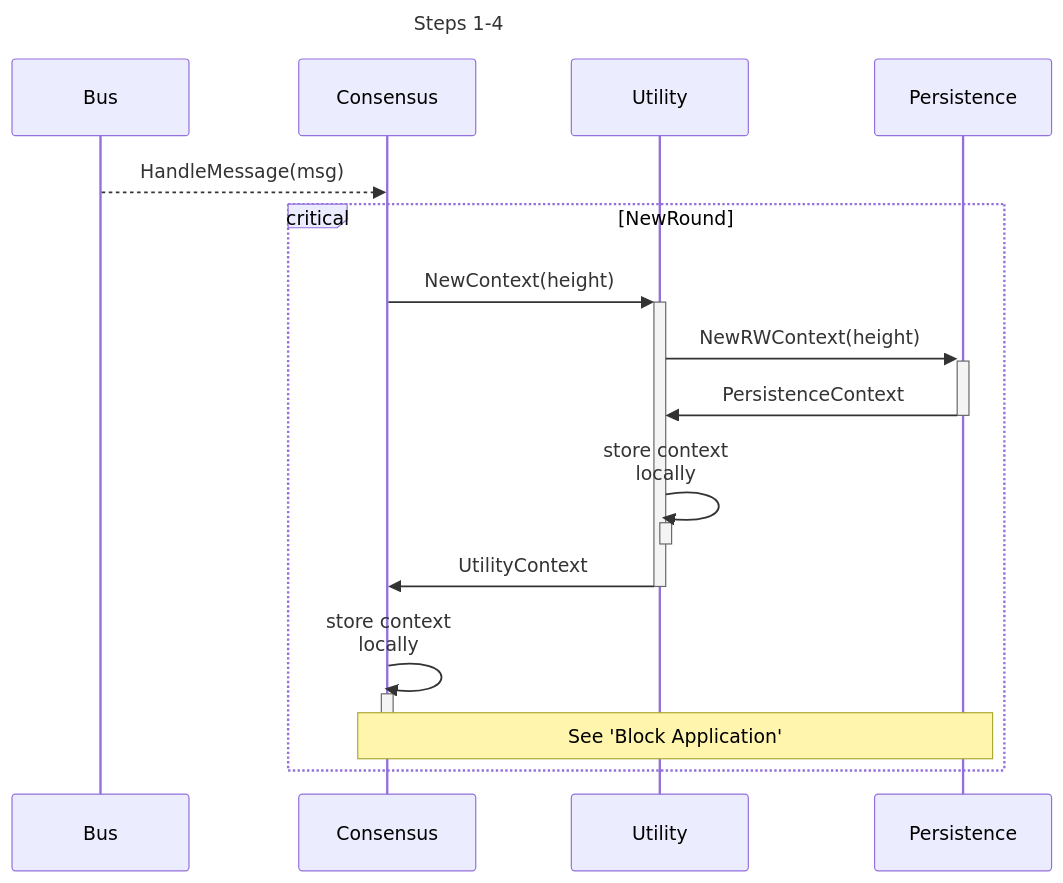
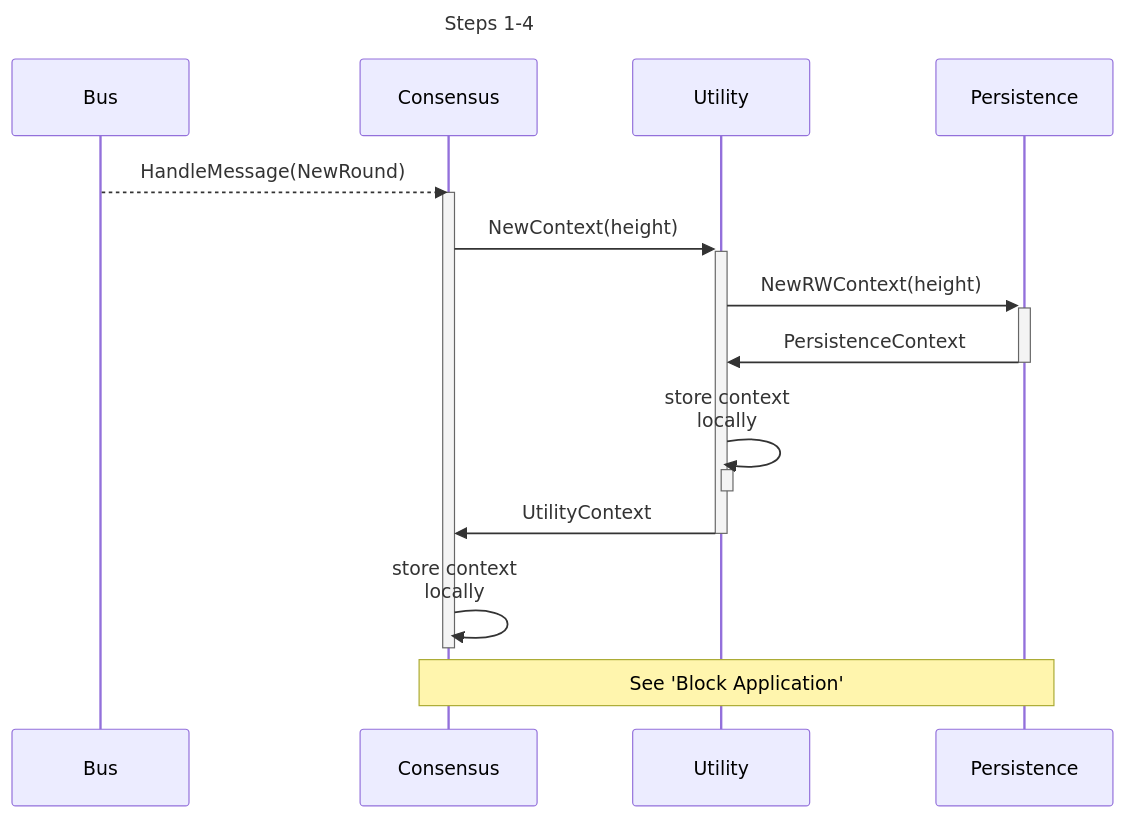
The first of 5 diagrams in shared/docs/PROTOCOL_STATE_HASH.md (pokt-network/pocket), drawn with Mermaid before and after one commit. The commit also changed other lines of this file, not shown here.

Commit message:
Remove unnecessary critical sections

````diff
--- a/shared/docs/PROTOCOL_STATE_HASH.md
+++ b/shared/docs/PROTOCOL_STATE_HASH.md
@@ -23,28 +23,28 @@
 ```mermaid
 sequenceDiagram
     title Steps 1-4
     participant B as Bus
     participant C as Consensus
     participant U as Utility
     participant P as Persistence
 
     %% Handle New Message
-    B-->>C: HandleMessage(msg)
+    B-->>C: HandleMessage(NewRound)
 
-    critical NewRound
-        %% Create Contexts
-        C->>+U: NewContext(height)
-        U->>+P: NewRWContext(height)
-        P->>-U: PersistenceContext
-        U->>U: store context<br>locally
-        activate U
-        deactivate U
-        U->>-C: UtilityContext
-        C->>C: store context<br>locally
-        activate C
-        deactivate C
+    %% NewRound
 
-        %% Apply Block
-        Note over C, P: See 'Block Application'
-    end
+    activate C
+    %% Create Contexts
+    C->>+U: NewContext(height)
+    U->>+P: NewRWContext(height)
+    P->>-U: PersistenceContext
+    U->>U: store context<br>locally
+    activate U
+    deactivate U
+    U->>-C: UtilityContext
+    C->>C: store context<br>locally
+    deactivate C
+
+    %% Apply Block
+    Note over C, P: See 'Block Application'
 ```
````
